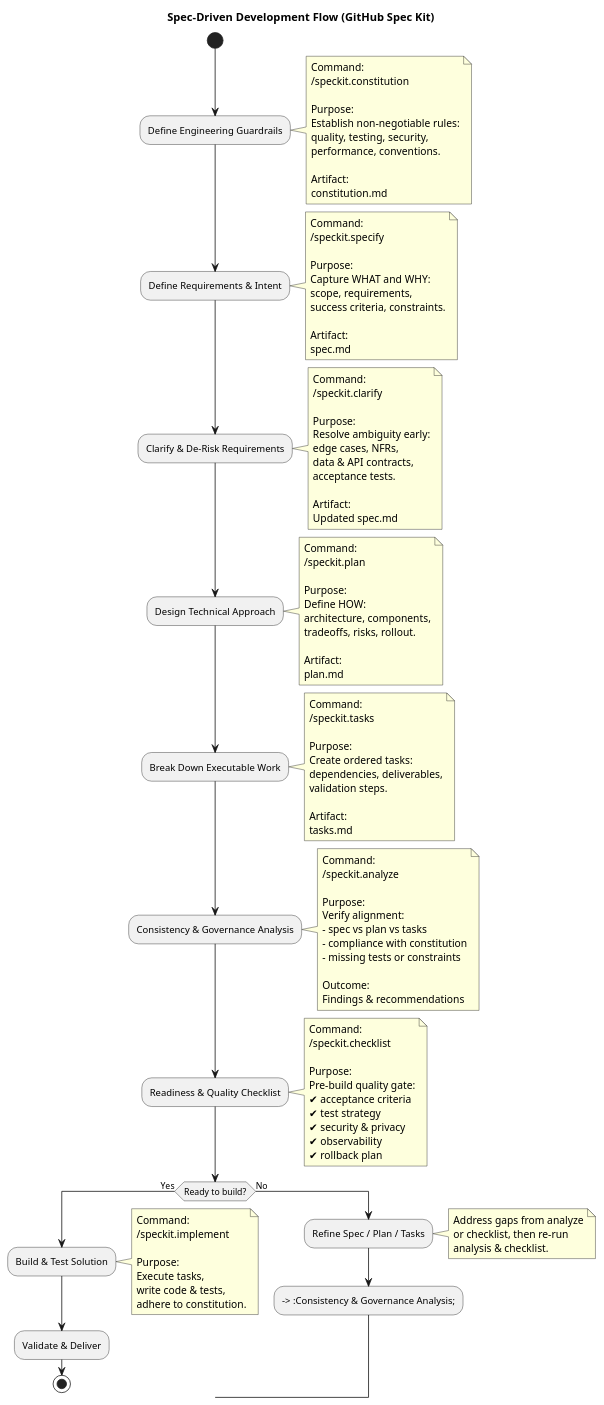
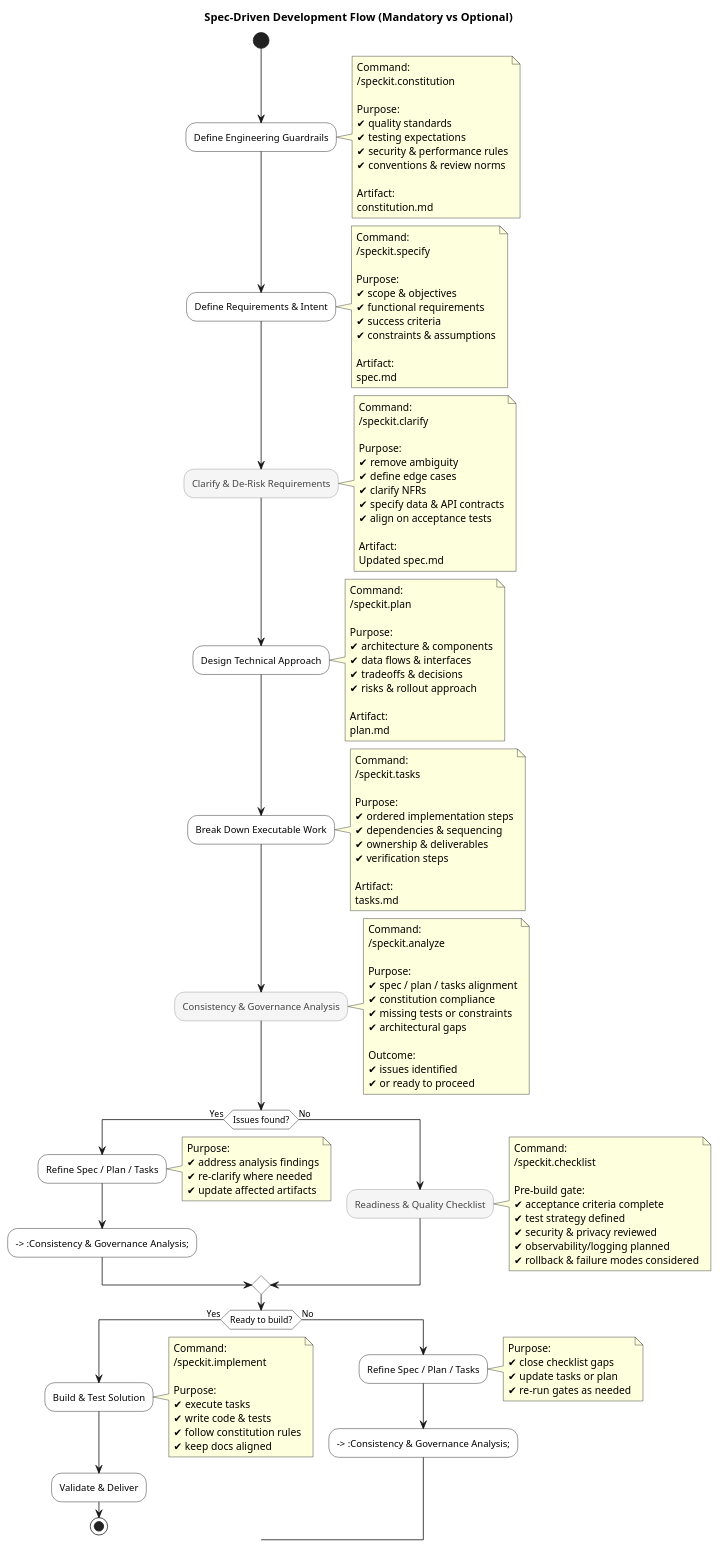
One commit to mcharouk/speckit-demo changed the diagram in development-flow.puml. Above: the diagram before and after it, drawn with PlantUML. The commit also changed 1 other file, not shown here.

```diff
--- a/development-flow.puml
+++ b/development-flow.puml
@@ -1,130 +1,169 @@
 @startuml
-title Spec-Driven Development Flow (GitHub Spec Kit)
+title Spec-Driven Development Flow (Mandatory vs Optional)
+
+' ===============================
+' Mandatory steps (default style)
+' ===============================
+skinparam activity {
+  BackgroundColor White
+  BorderColor Black
+  FontColor Black
+}
+
+' ===============================
+' Optional steps (visual distinction)
+' ===============================
+skinparam activity<<optional>> {
+  BackgroundColor #F5F5F5
+  BorderColor #888888
+  BorderStyle dashed
+  FontColor #444444
+}
 
 start
 
 :Define Engineering Guardrails;
 note right
 Command:
 /speckit.constitution
 
 Purpose:
-Establish non-negotiable rules:
-quality, testing, security,
-performance, conventions.
+✔ quality standards
+✔ testing expectations
+✔ security & performance rules
+✔ conventions & review norms
 
 Artifact:
 constitution.md
 end note
 
 :Define Requirements & Intent;
 note right
 Command:
 /speckit.specify
 
 Purpose:
-Capture WHAT and WHY:
-scope, requirements,
-success criteria, constraints.
+✔ scope & objectives
+✔ functional requirements
+✔ success criteria
+✔ constraints & assumptions
 
 Artifact:
 spec.md
 end note
 
-:Clarify & De-Risk Requirements;
+:Clarify & De-Risk Requirements; <<optional>>
 note right
 Command:
 /speckit.clarify
 
 Purpose:
-Resolve ambiguity early:
-edge cases, NFRs,
-data & API contracts,
-acceptance tests.
+✔ remove ambiguity
+✔ define edge cases
+✔ clarify NFRs
+✔ specify data & API contracts
+✔ align on acceptance tests
 
 Artifact:
 Updated spec.md
 end note
 
 :Design Technical Approach;
 note right
 Command:
 /speckit.plan
 
 Purpose:
-Define HOW:
-architecture, components,
-tradeoffs, risks, rollout.
+✔ architecture & components
+✔ data flows & interfaces
+✔ tradeoffs & decisions
+✔ risks & rollout approach
 
 Artifact:
 plan.md
 end note
 
 :Break Down Executable Work;
 note right
 Command:
 /speckit.tasks
 
 Purpose:
-Create ordered tasks:
-dependencies, deliverables,
-validation steps.
+✔ ordered implementation steps
+✔ dependencies & sequencing
+✔ ownership & deliverables
+✔ verification steps
 
 Artifact:
 tasks.md
 end note
 
-:Consistency & Governance Analysis;
+:Consistency & Governance Analysis; <<optional>>
 note right
 Command:
 /speckit.analyze
 
 Purpose:
-Verify alignment:
-- spec vs plan vs tasks
-- compliance with constitution
-- missing tests or constraints
+✔ spec / plan / tasks alignment
+✔ constitution compliance
+✔ missing tests or constraints
+✔ architectural gaps
 
 Outcome:
-Findings & recommendations
+✔ issues identified
+✔ or ready to proceed
 end note
 
-:Readiness & Quality Checklist;
-note right
-Command:
-/speckit.checklist
+if (Issues found?) then (Yes)
+  :Refine Spec / Plan / Tasks;
+  note right
+  Purpose:
+  ✔ address analysis findings
+  ✔ re-clarify where needed
+  ✔ update affected artifacts
+  end note
 
-Purpose:
-Pre-build quality gate:
-✔ acceptance criteria
-✔ test strategy
-✔ security & privacy
-✔ observability
-✔ rollback plan
-end note
+  --> :Consistency & Governance Analysis;
+else (No)
+  :Readiness & Quality Checklist; <<optional>>
+  note right
+  Command:
+  /speckit.checklist
+
+  Pre-build gate:
+  ✔ acceptance criteria complete
+  ✔ test strategy defined
+  ✔ security & privacy reviewed
+  ✔ observability/logging planned
+  ✔ rollback & failure modes considered
+  end note
+endif
 
 if (Ready to build?) then (Yes)
   :Build & Test Solution;
   note right
-Command:
-/speckit.implement
+  Command:
+  /speckit.implement
 
-Purpose:
-Execute tasks,
-write code & tests,
-adhere to constitution.
-end note
+  Purpose:
+  ✔ execute tasks
+  ✔ write code & tests
+  ✔ follow constitution rules
+  ✔ keep docs aligned
+  end note
 
   :Validate & Deliver;
   stop
 else (No)
   :Refine Spec / Plan / Tasks;
   note right
-Address gaps from analyze
-or checklist, then re-run
-analysis & checklist.
-end note
+  Purpose:
+  ✔ close checklist gaps
+  ✔ update tasks or plan
+  ✔ re-run gates as needed
+  end note
+
   --> :Consistency & Governance Analysis;
 endif
 
 @enduml
```
